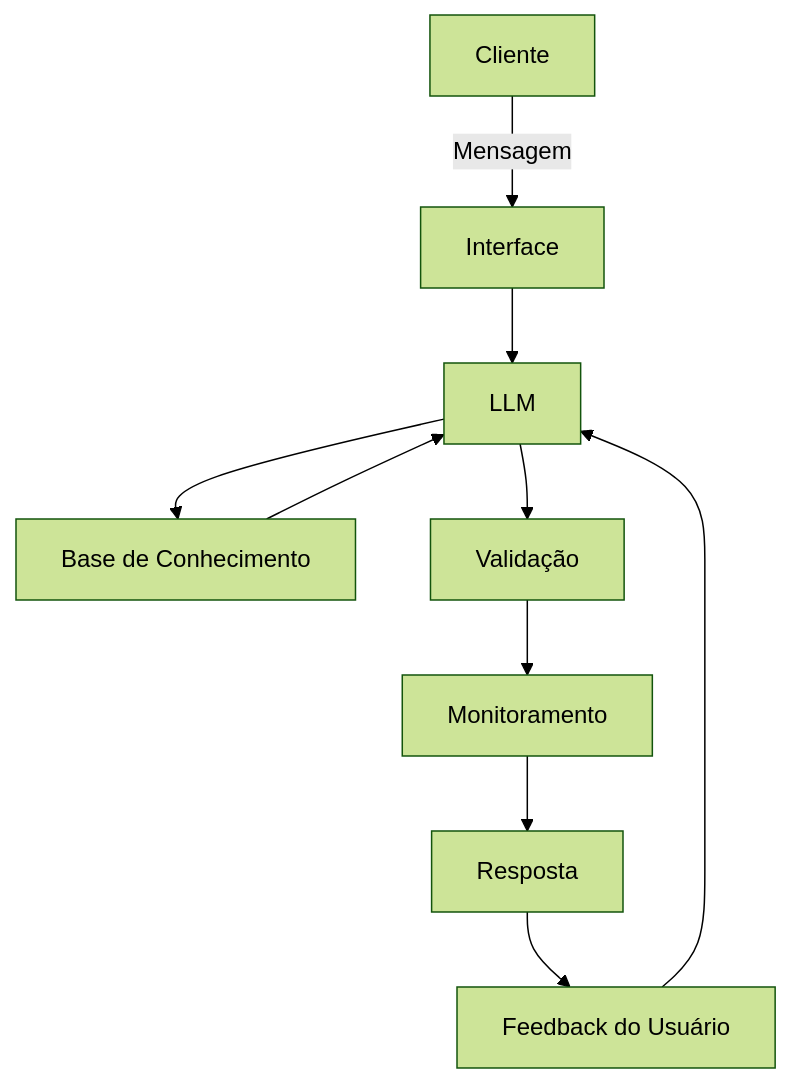
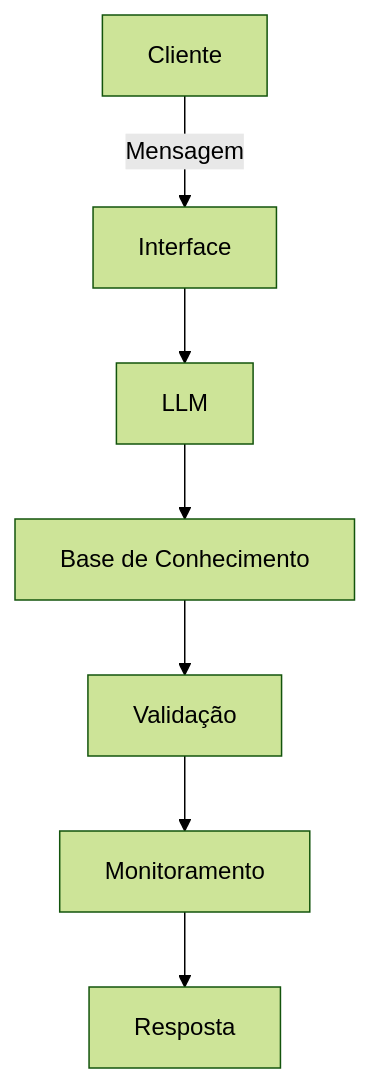
Before and after one commit to nathaliafdsousa/dio-lab-bia-do-futuro: the diagram in docs/01-documentacao-agente.md, drawn with Mermaid (forest theme). The commit also changed other lines of this file, not shown here.

Commit message:
Update documentation for agent components and flowchart

````diff
--- a/docs/01-documentacao-agente.md
+++ b/docs/01-documentacao-agente.md
@@ -48,13 +48,11 @@
 ```mermaid
 flowchart TD
     A[Cliente] -->|Mensagem| B[Interface]
     B --> C[LLM]
     C --> D[Base de Conhecimento]
-    D --> C
-    C --> E[Validação]
+    D --> E[Validação]
     E --> G[Monitoramento]
     G --> F[Resposta]
-    F --> H[Feedback do Usuário]
-    H --> C
+
 
 ```
````
